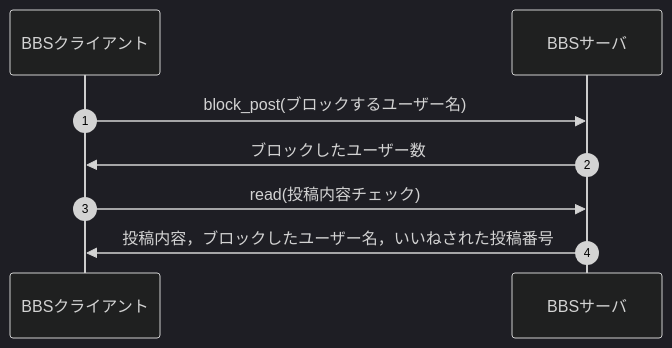
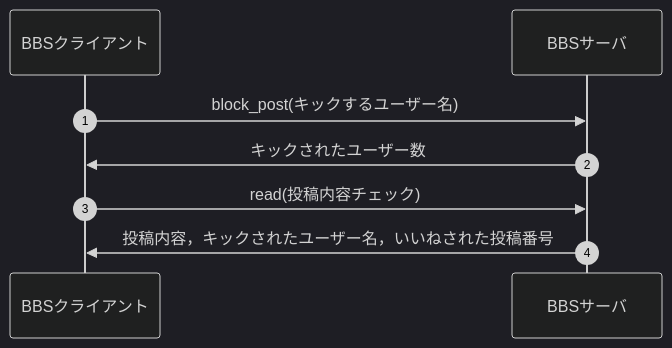
The third of 8 diagrams in sequence.md (Azbyisverystrong/webpro_06), drawn with Mermaid (dark theme) before and after one commit. The commit also changed other lines of this file and 11 other files, not shown here.

````diff
--- a/sequence.md
+++ b/sequence.md
@@ -25,8 +25,8 @@
 ```mermaid
 sequenceDiagram
   autonumber
-  BBSクライアント ->> BBSサーバ:block_post(ブロックするユーザー名)
-  BBSサーバ ->> BBSクライアント:ブロックしたユーザー数
+  BBSクライアント ->> BBSサーバ:block_post(キックするユーザー名)
+  BBSサーバ ->> BBSクライアント:キックされたユーザー数
   BBSクライアント ->> BBSサーバ:read(投稿内容チェック)
-  BBSサーバ ->> BBSクライアント:投稿内容，ブロックしたユーザー名，いいねされた投稿番号
+  BBSサーバ ->> BBSクライアント:投稿内容，キックされたユーザー名，いいねされた投稿番号
 ```
````
